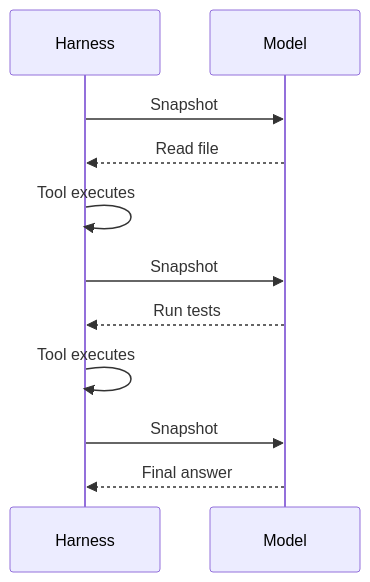
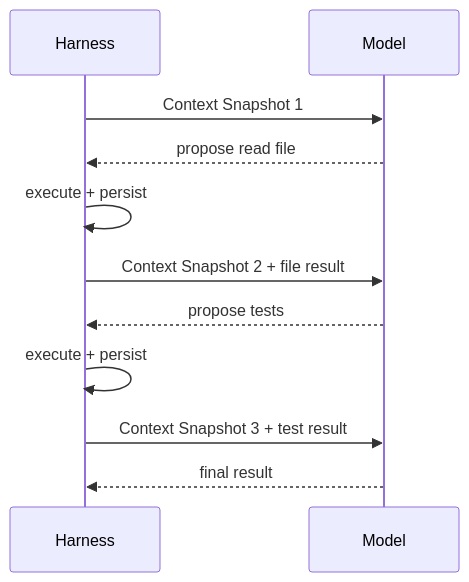
The third of 6 diagrams in docs/foundations/context-and-caching.md (indigofeather/harness-book), drawn with Mermaid before and after one commit. The commit also changed other lines of this file and 48 other files, not shown here.

````diff
--- a/docs/foundations/context-and-caching.md
+++ b/docs/foundations/context-and-caching.md
@@ -108,14 +102,14 @@
 ```mermaid
 sequenceDiagram
   participant H as Harness
   participant M as Model
 
-  H->>M: Snapshot #1\nInstructions + history + user request
-  M-->>H: Read file
-  H->>H: Tool executes
-  H->>M: Snapshot #2\n原本內容 + file result
-  M-->>H: Run tests
-  H->>H: Tool executes
-  H->>M: Snapshot #3\n原本內容 + test result
-  M-->>H: Final answer
+  H->>M: Context Snapshot 1
+  M-->>H: propose read file
+  H->>H: execute + persist
+  H->>M: Context Snapshot 2 + file result
+  M-->>H: propose tests
+  H->>H: execute + persist
+  H->>M: Context Snapshot 3 + test result
+  M-->>H: final result
 ```
````
